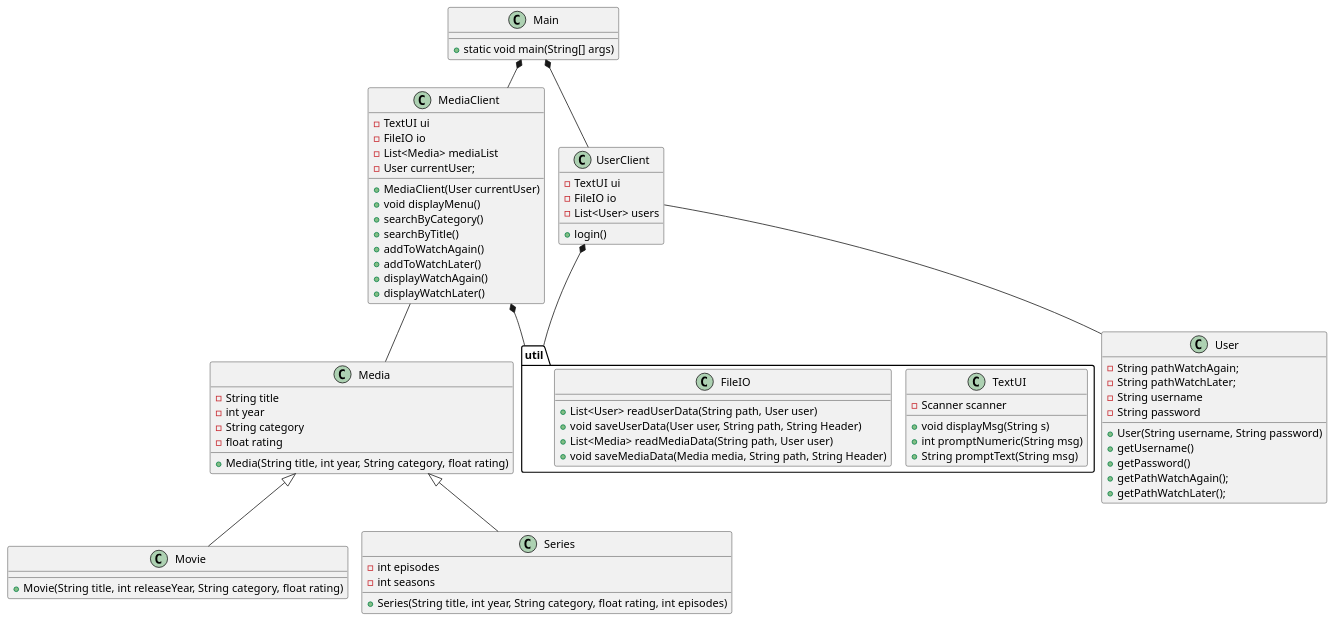
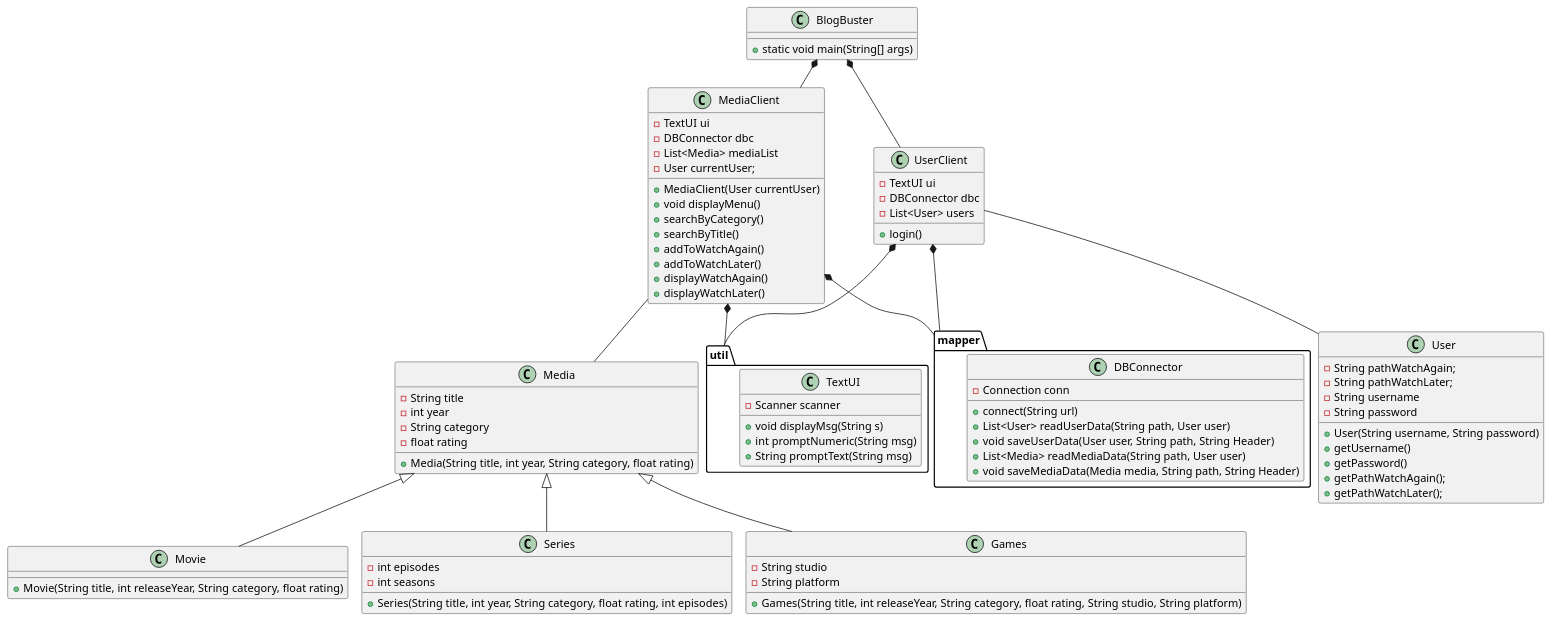
One commit to b-rino/ICE changed the diagram in docs/classdiagram_v0.puml. Above: the diagram before and after it, drawn with PlantUML.

Commit message:
Pushing classdiagram before switching

```diff
--- a/docs/classdiagram_v0.puml
+++ b/docs/classdiagram_v0.puml
@@ -1,94 +1,106 @@
 @startuml
 !pragma layout smetana
 
-class Main{
+class BlogBuster{
 + static void main(String[] args)
 
 }
 
 class Media{
 - String title
 - int year
 - String category
 - float rating
 +Media(String title, int year, String category, float rating)
 
 }
 
 class MediaClient{
 -TextUI ui
--FileIO io
+-DBConnector dbc
 -List<Media> mediaList
 -User currentUser;
 +MediaClient(User currentUser)
 +void displayMenu()
 +searchByCategory()
 +searchByTitle()
 +addToWatchAgain()
 +addToWatchLater()
 +displayWatchAgain()
 +displayWatchLater()
 }
 
 
 class User{
 -String pathWatchAgain;
 -String pathWatchLater;
 -String username
 -String password
 +User(String username, String password)
 +getUsername()
 +getPassword()
 +getPathWatchAgain();
 +getPathWatchLater();
 }
 
 
 class Movie{
 
 + Movie(String title, int releaseYear, String category, float rating)
 }
 
 class Series{
 - int episodes
 - int seasons
 +Series(String title, int year, String category, float rating, int episodes)
 }
 
+class Games{
+- String studio
+- String platform
++ Games(String title, int releaseYear, String category, float rating, String studio, String platform)
+}
+
 
 class UserClient{
 -TextUI ui
--FileIO io
+-DBConnector dbc
 -List<User> users
 +login()
 }
 
 
 package "util" {
 class TextUI{
 - Scanner scanner
-
 +void displayMsg(String s)
 +int promptNumeric(String msg)
 +String promptText(String msg)
 }
+}
 
-class FileIO{
+package "mapper" {
+class DBConnector{
+- Connection conn
++ connect(String url)
 +List<User> readUserData(String path, User user)
 +void saveUserData(User user, String path, String Header)
 +List<Media> readMediaData(String path, User user)
 +void saveMediaData(Media media, String path, String Header)
 }
 }
 
 
 Media<|--Series
 Media <|-- Movie
-Main *-- MediaClient
+BlogBuster *-- MediaClient
 MediaClient *-- "util"
 MediaClient -- Media
-Main *-- UserClient
+BlogBuster *-- UserClient
 UserClient -- User
 UserClient *--"util"
+UserClient *-- "mapper"
+MediaClient *-- "mapper"
+Media <|-- Games
 
 @enduml
```
